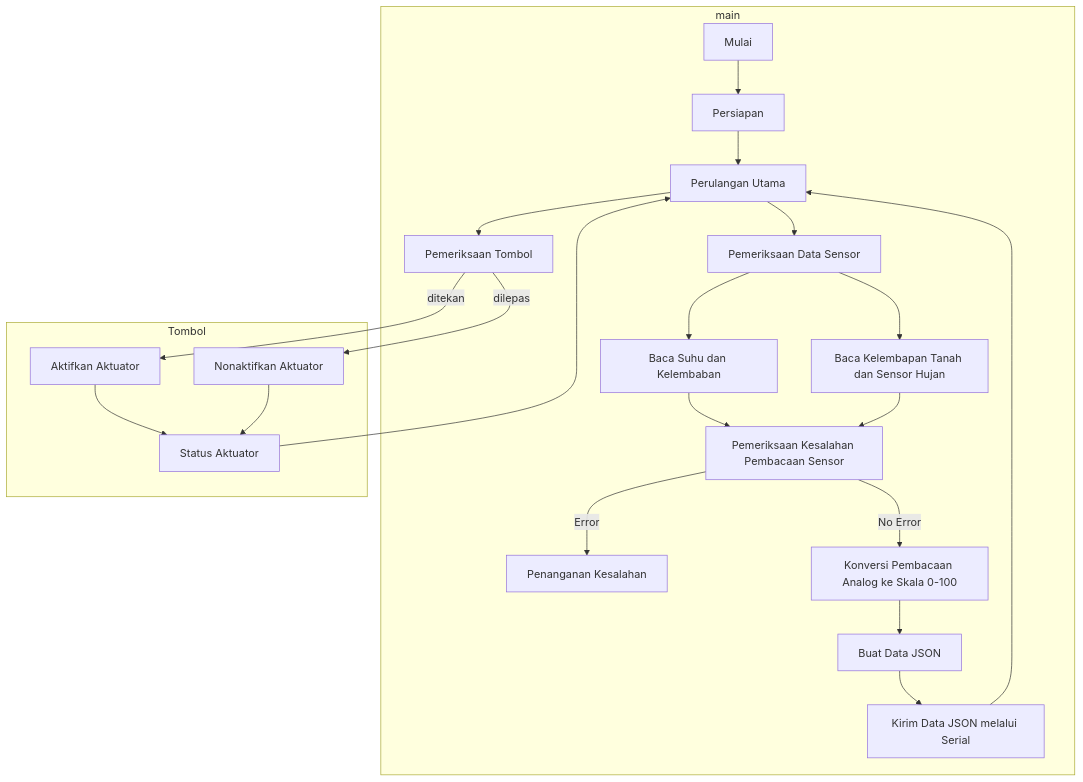
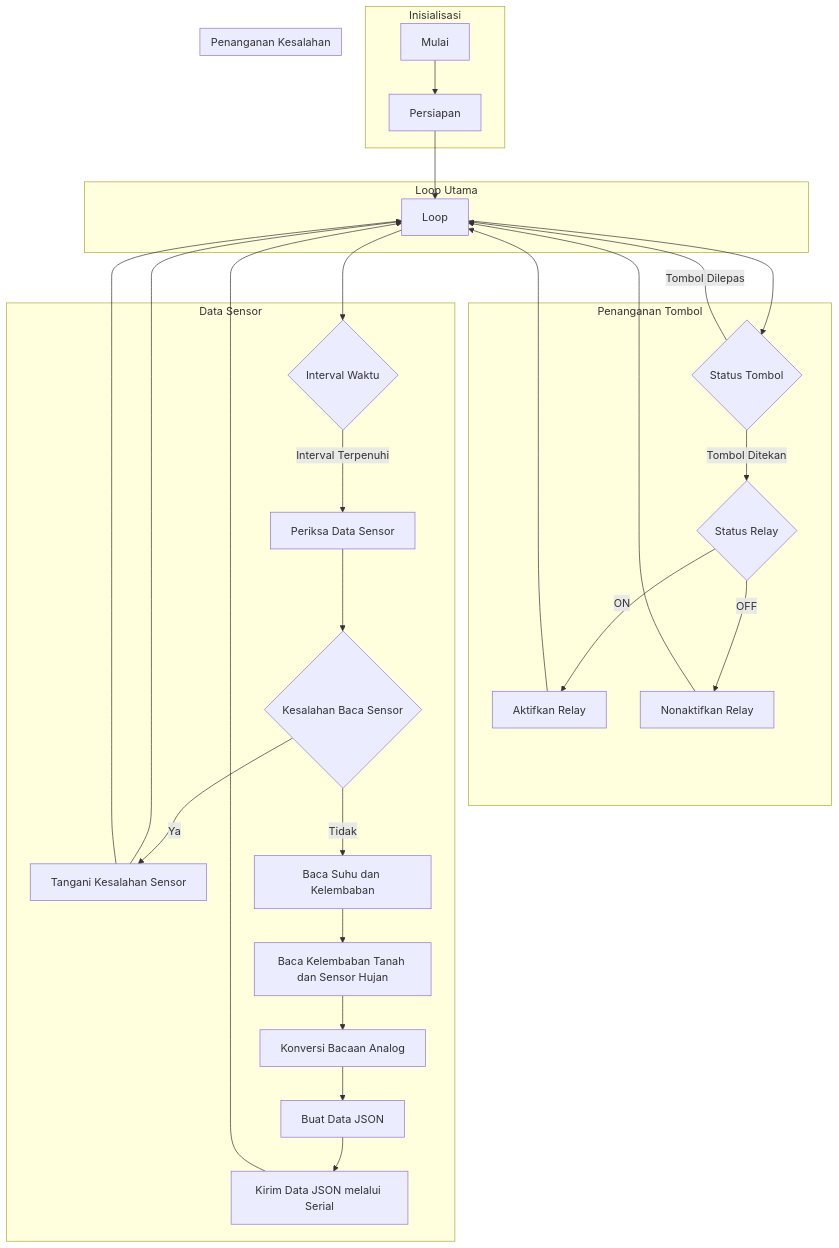
The diagram in code/advance/code1/readme_id.md (1999AZZAR/Smart-Irrigation-System), drawn with Mermaid before and after one commit.

````diff
--- a/code/advance/code1/readme_id.md
+++ b/code/advance/code1/readme_id.md
@@ -43,27 +43,38 @@
 ```mermaid
-graph TD
-
-subgraph main
-A[Mulai] --> B[Persiapan]
-B --> C[Perulangan Utama]
-C --> D[Pemeriksaan Tombol]
-C --> E[Pemeriksaan Data Sensor]
-E --> F[Baca Suhu dan Kelembaban]
-F --> H[Pemeriksaan Kesalahan Pembacaan Sensor]
-E --> G[Baca Kelembapan Tanah dan Sensor Hujan]
-G --> H
-H -- Error --> I[Penanganan Kesalahan]
-H -- No Error --> J[Konversi Pembacaan Analog ke Skala 0-100]
-J --> K[Buat Data JSON]
-K --> L[Kirim Data JSON melalui Serial]
-L --> C
-end
-
-subgraph Tombol
-D -- ditekan --> M[Aktifkan Aktuator]
-D -- dilepas --> N[Nonaktifkan Aktuator]
-M --> O[Status Aktuator]
-N --> O
-O --> C
-end
+flowchart TD
+  subgraph Inisialisasi
+    A[Mulai] --> B[Persiapan]
+  end
+  
+  subgraph Loop Utama
+    B --> C[Loop]
+  end
+  
+  subgraph Penanganan Tombol
+    C --> D{Status Tombol}
+    D -- Tombol Ditekan --> E{Status Relay}
+    E -- ON --> F[Aktifkan Relay]
+    F --> C
+    E -- OFF --> G[Nonaktifkan Relay]
+    G --> C
+    D -- Tombol Dilepas --> C
+  end
+  
+  subgraph Data Sensor
+    C --> H{Interval Waktu}
+    H -- Interval Terpenuhi --> I[Periksa Data Sensor]
+    I --> J{Kesalahan Baca Sensor}
+    J -- Ya --> K[Tangani Kesalahan Sensor]
+    K --> C
+    J -- Tidak --> L[Baca Suhu dan Kelembaban]
+    L --> M[Baca Kelembaban Tanah dan Sensor Hujan]
+    M --> N[Konversi Bacaan Analog]
+    N --> O[Buat Data JSON]
+    O --> P[Kirim Data JSON melalui Serial]
+    P --> C
+  end
+  
+  subgraph Penanganan Kesalahan
+    K --> C
+  end
 ```
````
